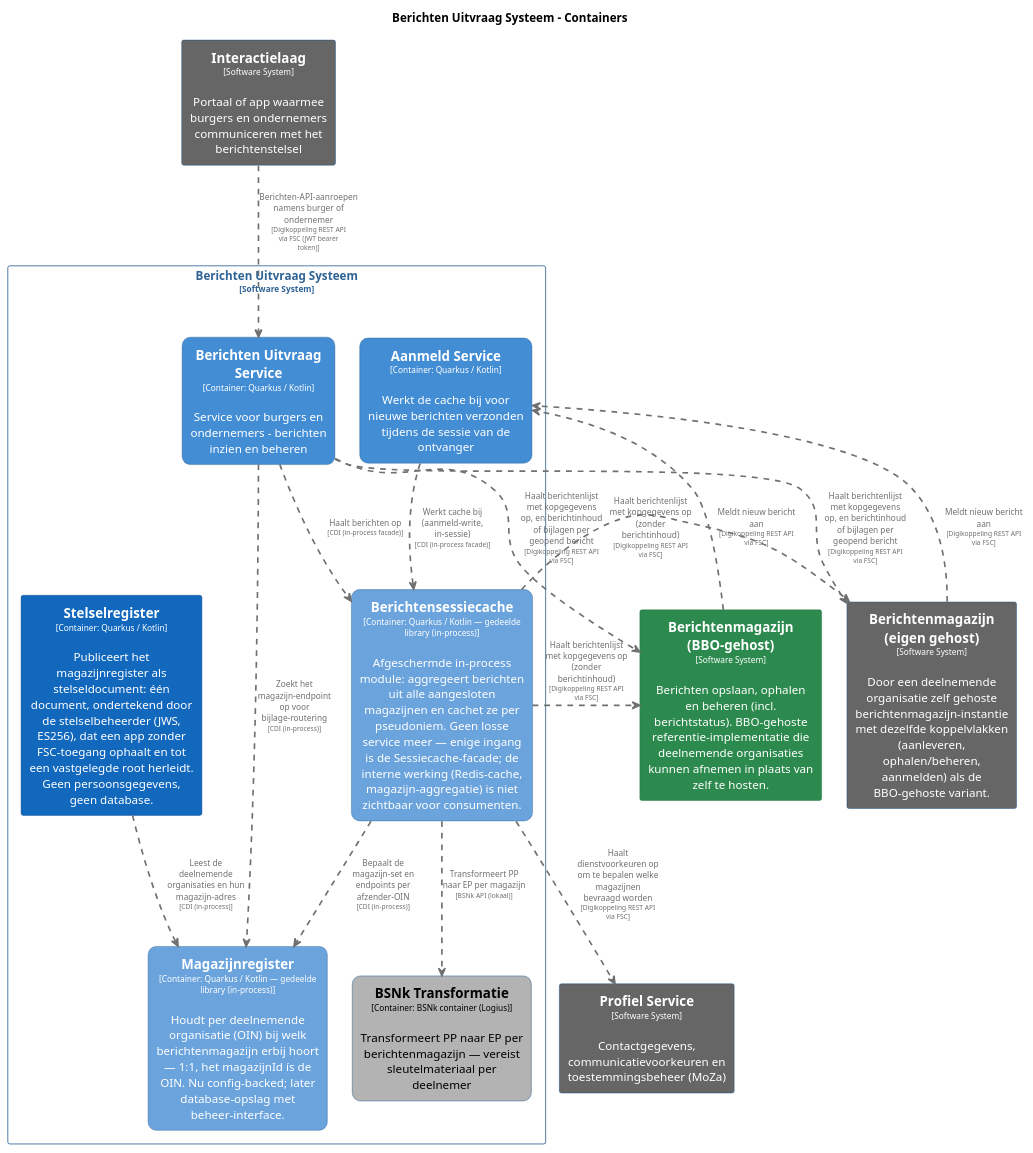
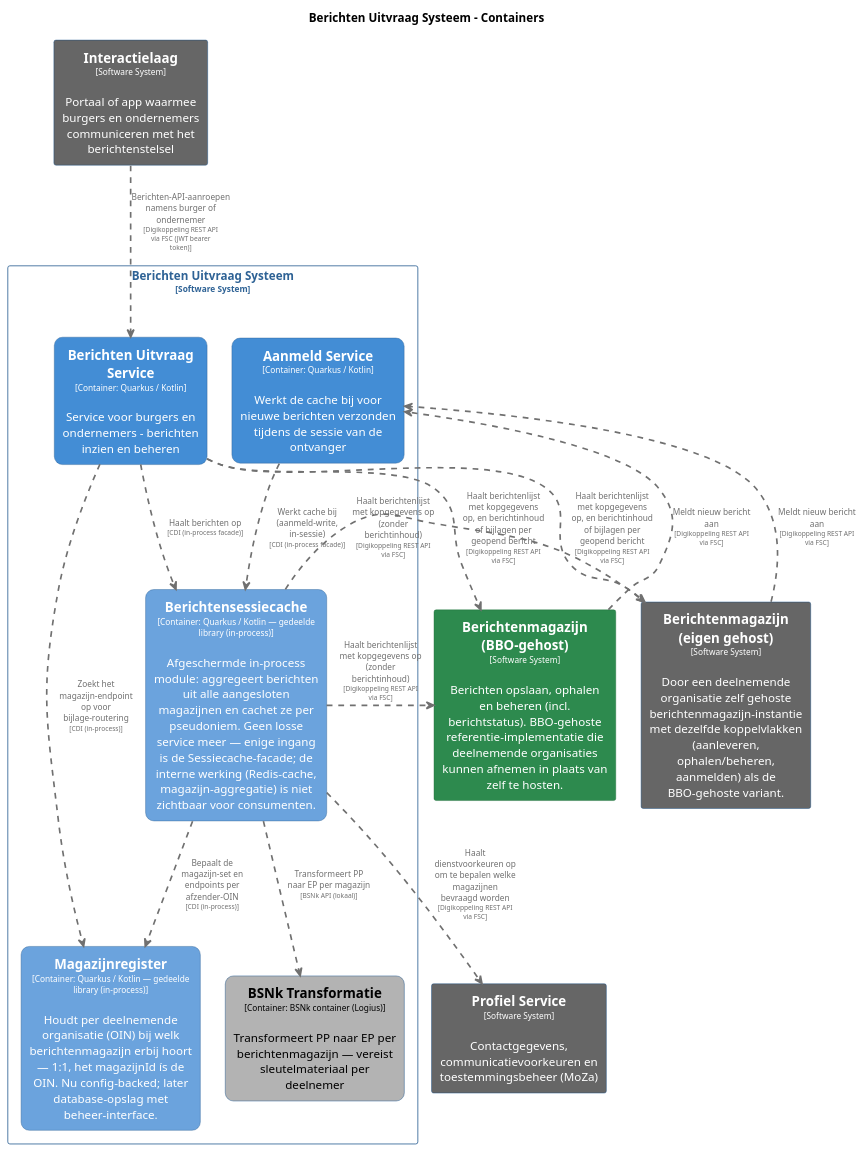
Before and after one commit to MinBZK/moza-poc-fbs-berichtenbox: the diagram in pr-preview/pr-361/master/puml/BerichtenUitvraagSysteemContainers.puml, drawn with PlantUML. The commit also changed 84 other files, not shown here.

```diff
--- a/pr-preview/pr-361/master/puml/BerichtenUitvraagSysteemContainers.puml
+++ b/pr-preview/pr-361/master/puml/BerichtenUitvraagSysteemContainers.puml
@@ -1,117 +1,109 @@
 @startuml
 set separator none
 title Berichten Uitvraag Systeem - Containers
 
 top to bottom direction
 skinparam ranksep 60
 skinparam nodesep 30
 
 skinparam {
   arrowFontSize 10
   defaultTextAlignment center
   wrapWidth 200
   maxMessageSize 100
 }
 
 hide stereotype
 
 skinparam rectangle<<BerichtenUitvraagSysteem.AanmeldService>> {
   BackgroundColor #438dd5
   FontColor #ffffff
   BorderColor #2e6295
   roundCorner 20
   shadowing false
 }
 skinparam rectangle<<BerichtenUitvraagSysteem.BSNkTransformatie>> {
   BackgroundColor #b3b3b3
   FontColor #000000
   BorderColor #0b4884
   roundCorner 20
   shadowing false
 }
 skinparam rectangle<<BerichtenUitvraagSysteem.BerichtenUitvraagService>> {
   BackgroundColor #438dd5
   FontColor #ffffff
   BorderColor #2e6295
   roundCorner 20
   shadowing false
 }
 skinparam rectangle<<BerichtenmagazijnBBOgehost>> {
   BackgroundColor #2d8a4e
   FontColor #ffffff
   BorderColor #1e6b38
   shadowing false
 }
 skinparam rectangle<<Berichtenmagazijneigengehost>> {
   BackgroundColor #666666
   FontColor #ffffff
   BorderColor #0b4884
   shadowing false
 }
 skinparam rectangle<<BerichtenUitvraagSysteem.Berichtensessiecache>> {
   BackgroundColor #6ba3dd
   FontColor #ffffff
   BorderColor #2e6295
   roundCorner 20
   shadowing false
 }
 skinparam rectangle<<Interactielaag>> {
   BackgroundColor #666666
   FontColor #ffffff
   BorderColor #0b4884
   shadowing false
 }
 skinparam rectangle<<BerichtenUitvraagSysteem.Magazijnregister>> {
   BackgroundColor #6ba3dd
   FontColor #ffffff
   BorderColor #2e6295
   roundCorner 20
   shadowing false
 }
 skinparam rectangle<<ProfielService>> {
   BackgroundColor #666666
   FontColor #ffffff
   BorderColor #0b4884
   shadowing false
 }
-skinparam rectangle<<BerichtenUitvraagSysteem.Stelselregister>> {
-  BackgroundColor #1168bd
-  FontColor #ffffff
-  BorderColor #0b4884
-  shadowing false
-}
 skinparam rectangle<<BerichtenUitvraagSysteem>> {
   BorderColor #2e6295
   FontColor #2e6295
   shadowing false
 }
 
 rectangle "==Profiel Service\n<size:10>[Software System]</size>\n\nContactgegevens, communicatievoorkeuren en toestemmingsbeheer (MoZa)" <<ProfielService>> as ProfielService
 rectangle "==Interactielaag\n<size:10>[Software System]</size>\n\nPortaal of app waarmee burgers en ondernemers communiceren met het berichtenstelsel" <<Interactielaag>> as Interactielaag
 rectangle "==Berichtenmagazijn (eigen gehost)\n<size:10>[Software System]</size>\n\nDoor een deelnemende organisatie zelf gehoste berichtenmagazijn-instantie met dezelfde koppelvlakken (aanleveren, ophalen/beheren, aanmelden) als de BBO-gehoste variant." <<Berichtenmagazijneigengehost>> as Berichtenmagazijneigengehost
 rectangle "==Berichtenmagazijn (BBO-gehost)\n<size:10>[Software System]</size>\n\nBerichten opslaan, ophalen en beheren (incl. berichtstatus). BBO-gehoste referentie-implementatie die deelnemende organisaties kunnen afnemen in plaats van zelf te hosten." <<BerichtenmagazijnBBOgehost>> as BerichtenmagazijnBBOgehost
 
 rectangle "Berichten Uitvraag Systeem\n<size:10>[Software System]</size>" <<BerichtenUitvraagSysteem>> {
   rectangle "==Berichtensessiecache\n<size:10>[Container: Quarkus / Kotlin — gedeelde library (in-process)]</size>\n\nAfgeschermde in-process module: aggregeert berichten uit alle aangesloten magazijnen en cachet ze per pseudoniem. Geen losse service meer — enige ingang is de Sessiecache-facade; de interne werking (Redis-cache, magazijn-aggregatie) is niet zichtbaar voor consumenten." <<BerichtenUitvraagSysteem.Berichtensessiecache>> as BerichtenUitvraagSysteem.Berichtensessiecache
   rectangle "==Berichten Uitvraag Service\n<size:10>[Container: Quarkus / Kotlin]</size>\n\nService voor burgers en ondernemers - berichten inzien en beheren" <<BerichtenUitvraagSysteem.BerichtenUitvraagService>> as BerichtenUitvraagSysteem.BerichtenUitvraagService
   rectangle "==BSNk Transformatie\n<size:10>[Container: BSNk container (Logius)]</size>\n\nTransformeert PP naar EP per berichtenmagazijn — vereist sleutelmateriaal per deelnemer" <<BerichtenUitvraagSysteem.BSNkTransformatie>> as BerichtenUitvraagSysteem.BSNkTransformatie
   rectangle "==Aanmeld Service\n<size:10>[Container: Quarkus / Kotlin]</size>\n\nWerkt de cache bij voor nieuwe berichten verzonden tijdens de sessie van de ontvanger" <<BerichtenUitvraagSysteem.AanmeldService>> as BerichtenUitvraagSysteem.AanmeldService
   rectangle "==Magazijnregister\n<size:10>[Container: Quarkus / Kotlin — gedeelde library (in-process)]</size>\n\nHoudt per deelnemende organisatie (OIN) bij welk berichtenmagazijn erbij hoort — 1:1, het magazijnId ís de OIN. Nu config-backed; later database-opslag met beheer-interface." <<BerichtenUitvraagSysteem.Magazijnregister>> as BerichtenUitvraagSysteem.Magazijnregister
-  rectangle "==Stelselregister\n<size:10>[Container: Quarkus / Kotlin]</size>\n\nPubliceert het magazijnregister als stelseldocument: één document, ondertekend door de stelselbeheerder (JWS, ES256), dat een app zonder FSC-toegang ophaalt en tot een vastgelegde root herleidt. Geen persoonsgegevens, geen database." <<BerichtenUitvraagSysteem.Stelselregister>> as BerichtenUitvraagSysteem.Stelselregister
 }
 
 Interactielaag .[#707070,thickness=2].> BerichtenUitvraagSysteem.BerichtenUitvraagService : "<color:#707070>Berichten-API-aanroepen namens burger of ondernemer\n<color:#707070><size:8>[Digikoppeling REST API via FSC (JWT bearer token)]</size>"
 BerichtenUitvraagSysteem.BerichtenUitvraagService .[#707070,thickness=2].> BerichtenmagazijnBBOgehost : "<color:#707070>Haalt berichtenlijst met kopgegevens op, en berichtinhoud of bijlagen per geopend bericht\n<color:#707070><size:8>[Digikoppeling REST API via FSC]</size>"
 BerichtenmagazijnBBOgehost .[#707070,thickness=2].> BerichtenUitvraagSysteem.AanmeldService : "<color:#707070>Meldt nieuw bericht aan\n<color:#707070><size:8>[Digikoppeling REST API via FSC]</size>"
 BerichtenUitvraagSysteem.BerichtenUitvraagService .[#707070,thickness=2].> Berichtenmagazijneigengehost : "<color:#707070>Haalt berichtenlijst met kopgegevens op, en berichtinhoud of bijlagen per geopend bericht\n<color:#707070><size:8>[Digikoppeling REST API via FSC]</size>"
 BerichtenUitvraagSysteem.Berichtensessiecache .[#707070,thickness=2].> Berichtenmagazijneigengehost : "<color:#707070>Haalt berichtenlijst met kopgegevens op (zonder berichtinhoud)\n<color:#707070><size:8>[Digikoppeling REST API via FSC]</size>"
 Berichtenmagazijneigengehost .[#707070,thickness=2].> BerichtenUitvraagSysteem.AanmeldService : "<color:#707070>Meldt nieuw bericht aan\n<color:#707070><size:8>[Digikoppeling REST API via FSC]</size>"
 BerichtenUitvraagSysteem.Berichtensessiecache .[#707070,thickness=2].> ProfielService : "<color:#707070>Haalt dienstvoorkeuren op om te bepalen welke magazijnen bevraagd worden\n<color:#707070><size:8>[Digikoppeling REST API via FSC]</size>"
 BerichtenUitvraagSysteem.Berichtensessiecache .[#707070,thickness=2].> BerichtenmagazijnBBOgehost : "<color:#707070>Haalt berichtenlijst met kopgegevens op (zonder berichtinhoud)\n<color:#707070><size:8>[Digikoppeling REST API via FSC]</size>"
-BerichtenUitvraagSysteem.Stelselregister .[#707070,thickness=2].> BerichtenUitvraagSysteem.Magazijnregister : "<color:#707070>Leest de deelnemende organisaties en hun magazijn-adres\n<color:#707070><size:8>[CDI (in-process)]</size>"
 BerichtenUitvraagSysteem.Berichtensessiecache .[#707070,thickness=2].> BerichtenUitvraagSysteem.BSNkTransformatie : "<color:#707070>Transformeert PP naar EP per magazijn\n<color:#707070><size:8>[BSNk API (lokaal)]</size>"
 BerichtenUitvraagSysteem.AanmeldService .[#707070,thickness=2].> BerichtenUitvraagSysteem.Berichtensessiecache : "<color:#707070>Werkt cache bij (aanmeld-write, in-sessie)\n<color:#707070><size:8>[CDI (in-process facade)]</size>"
 BerichtenUitvraagSysteem.BerichtenUitvraagService .[#707070,thickness=2].> BerichtenUitvraagSysteem.Berichtensessiecache : "<color:#707070>Haalt berichten op\n<color:#707070><size:8>[CDI (in-process facade)]</size>"
 BerichtenUitvraagSysteem.Berichtensessiecache .[#707070,thickness=2].> BerichtenUitvraagSysteem.Magazijnregister : "<color:#707070>Bepaalt de magazijn-set en endpoints per afzender-OIN\n<color:#707070><size:8>[CDI (in-process)]</size>"
 BerichtenUitvraagSysteem.BerichtenUitvraagService .[#707070,thickness=2].> BerichtenUitvraagSysteem.Magazijnregister : "<color:#707070>Zoekt het magazijn-endpoint op voor bijlage-routering\n<color:#707070><size:8>[CDI (in-process)]</size>"
 @enduml
```
